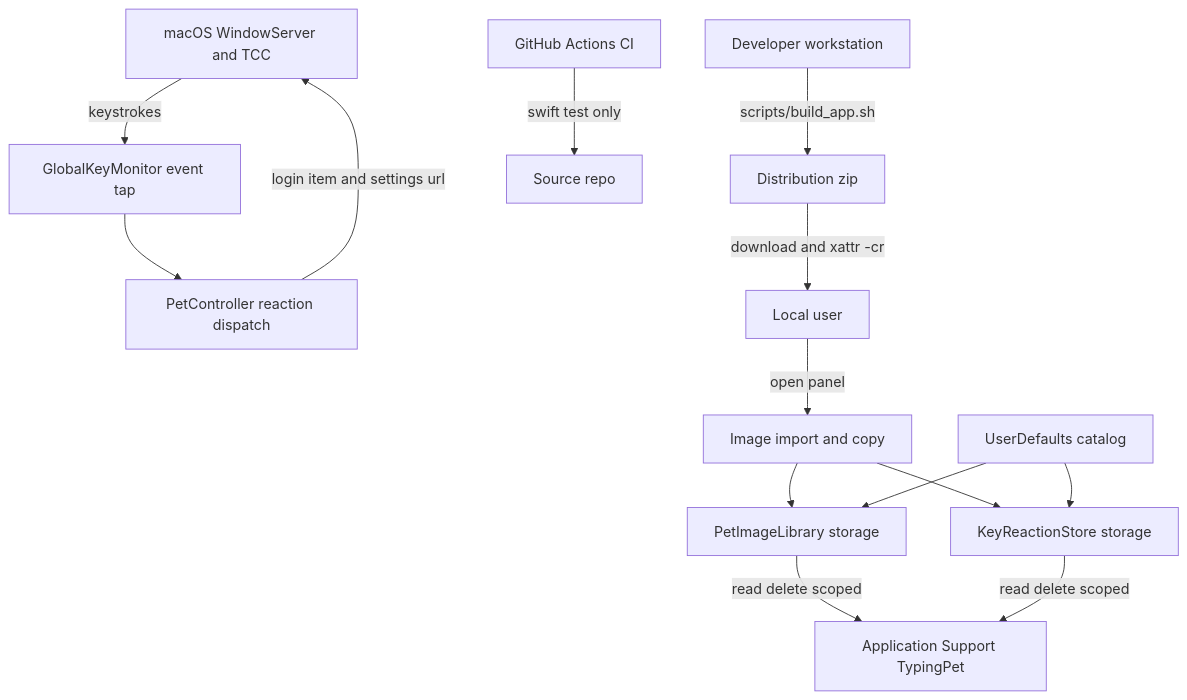
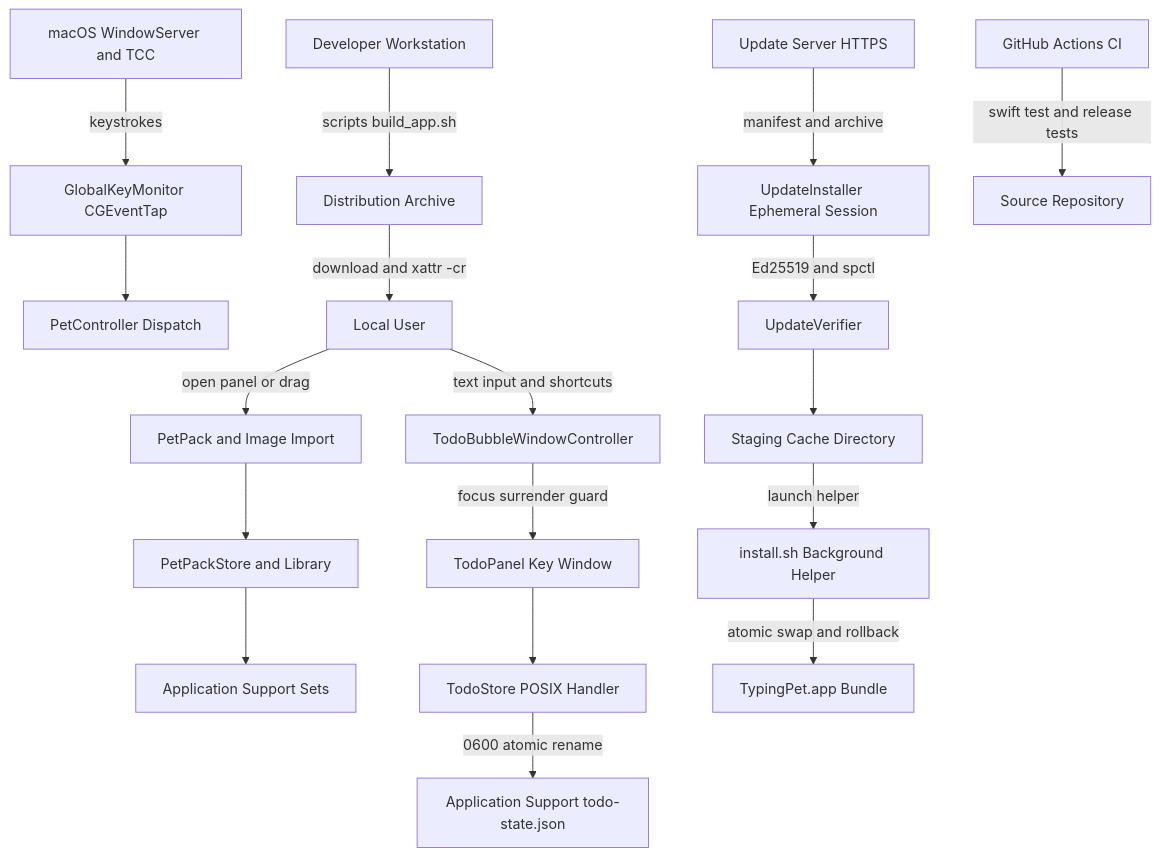
Before and after one commit to HuihuiDreams/TypingPetMac: the diagram in docs/TypingPetMac-threat-model.md, drawn with Mermaid. The commit also changed other lines of this file and 2 other files, not shown here.

Commit message:
docs: update threat model and architecture documentation for v0.19.1 release

````diff
--- a/docs/TypingPetMac-threat-model.md
+++ b/docs/TypingPetMac-threat-model.md
@@ -55,16 +100,24 @@
 ```mermaid
 flowchart TD
-    OS["macOS WindowServer and TCC"] -->|keystrokes| KEYMON["GlobalKeyMonitor event tap"]
-    KEYMON --> CTRL["PetController reaction dispatch"]
-    USER["Local user"] -->|open panel| IMPORT["Image import and copy"]
-    IMPORT --> LIB["PetImageLibrary storage"]
-    IMPORT --> KSTORE["KeyReactionStore storage"]
-    DEFAULTS["UserDefaults catalog"] --> LIB
-    DEFAULTS --> KSTORE
-    LIB -->|read delete scoped| DISK["Application Support TypingPet"]
-    KSTORE -->|read delete scoped| DISK
-    CTRL -->|login item and settings url| OS
-    DEV["Developer workstation"] -->|scripts/build_app.sh| DIST["Distribution zip"]
-    DIST -->|download and xattr -cr| USER
-    CI["GitHub Actions CI"] -->|swift test only| REPO["Source repo"]
+    WS["macOS WindowServer and TCC"] -->|keystrokes| MON["GlobalKeyMonitor CGEventTap"]
+    MON --> CTRL["PetController Dispatch"]
+    
+    USER["Local User"] -->|open panel or drag| IMPORT["PetPack and Image Import"]
+    IMPORT --> PACKS["PetPackStore and Library"]
+    PACKS --> DISK_SETS["Application Support Sets"]
+    
+    USER -->|text input and shortcuts| TODO_WIN["TodoBubbleWindowController"]
+    TODO_WIN -->|focus surrender guard| TODO_PANEL["TodoPanel Key Window"]
+    TODO_PANEL --> TODO_STORE["TodoStore POSIX Handler"]
+    TODO_STORE -->|0600 atomic rename| DISK_TODO["Application Support todo-state.json"]
+    
+    UPDATE_SVR["Update Server HTTPS"] -->|manifest and archive| UPD_INST["UpdateInstaller Ephemeral Session"]
+    UPD_INST -->|Ed25519 and spctl| VERIFIER["UpdateVerifier"]
+    VERIFIER --> CACHE["Staging Cache Directory"]
+    CACHE -->|launch helper| ZSH_HELPER["install.sh Background Helper"]
+    ZSH_HELPER -->|atomic swap and rollback| APP_BUNDLE["TypingPet.app Bundle"]
+    
+    DEV["Developer Workstation"] -->|scripts build_app.sh| DIST_ZIP["Distribution Archive"]
+    DIST_ZIP -->|download and xattr -cr| USER
+    CI["GitHub Actions CI"] -->|swift test and release tests| REPO["Source Repository"]
 ```
````
